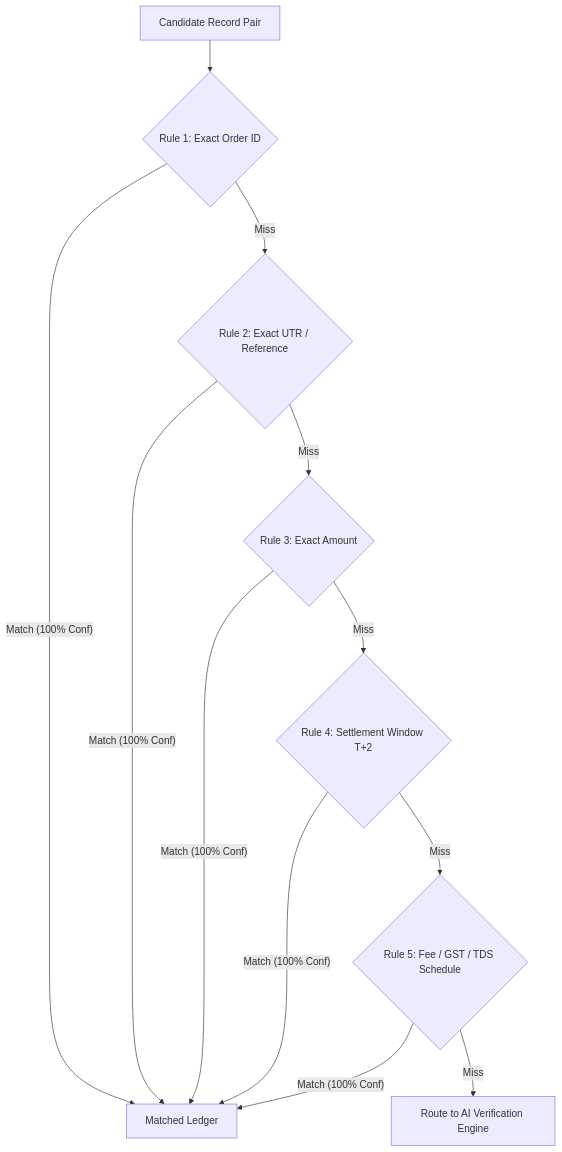
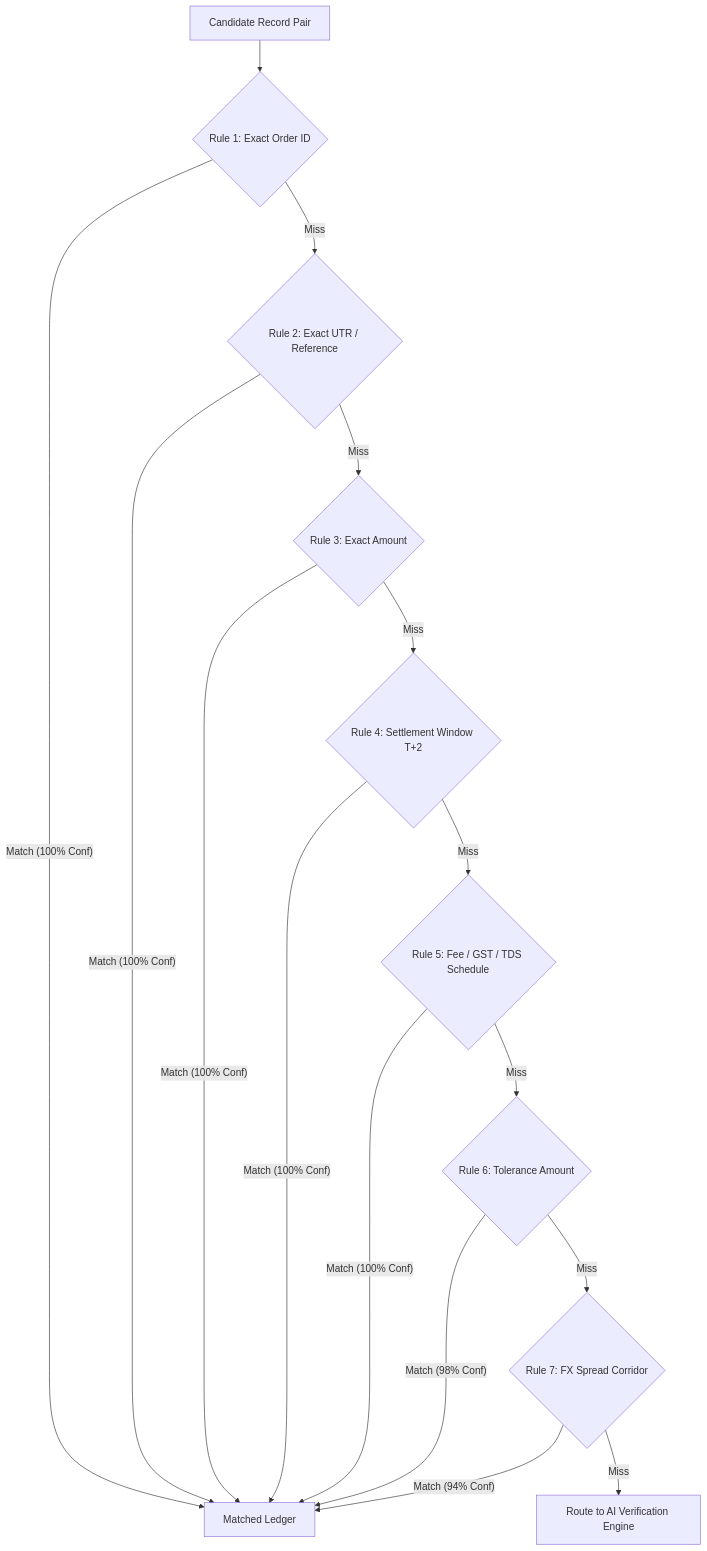
Before and after one commit to ParthK0/ReconPilot: the second of 2 diagrams in PROJECT_AUDIT.md, drawn with Mermaid. The commit also changed other lines of this file and 3 other files, not shown here.

````diff
--- a/PROJECT_AUDIT.md
+++ b/PROJECT_AUDIT.md
@@ -557,14 +660,18 @@
 ```mermaid
 flowchart TD
     Rec[Candidate Record Pair] --> R1{Rule 1: Exact Order ID}
     R1 -- "Match (100% Conf)" --> M[Matched Ledger]
     R1 -- "Miss" --> R2{Rule 2: Exact UTR / Reference}
     R2 -- "Match (100% Conf)" --> M
     R2 -- "Miss" --> R3{Rule 3: Exact Amount}
     R3 -- "Match (100% Conf)" --> M
     R3 -- "Miss" --> R4{Rule 4: Settlement Window T+2}
     R4 -- "Match (100% Conf)" --> M
     R4 -- "Miss" --> R5{Rule 5: Fee / GST / TDS Schedule}
     R5 -- "Match (100% Conf)" --> M
-    R5 -- "Miss" --> AI[Route to AI Verification Engine]
+    R5 -- "Miss" --> R6{Rule 6: Tolerance Amount}
+    R6 -- "Match (98% Conf)" --> M
+    R6 -- "Miss" --> R7{Rule 7: FX Spread Corridor}
+    R7 -- "Match (94% Conf)" --> M
+    R7 -- "Miss" --> AI[Route to AI Verification Engine]
 ```
````
